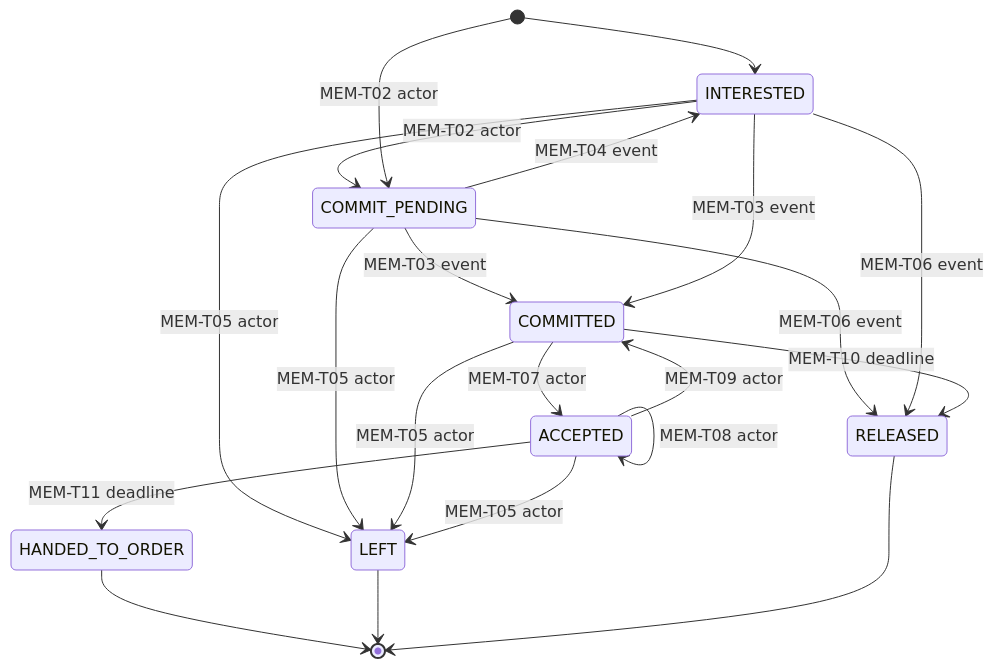
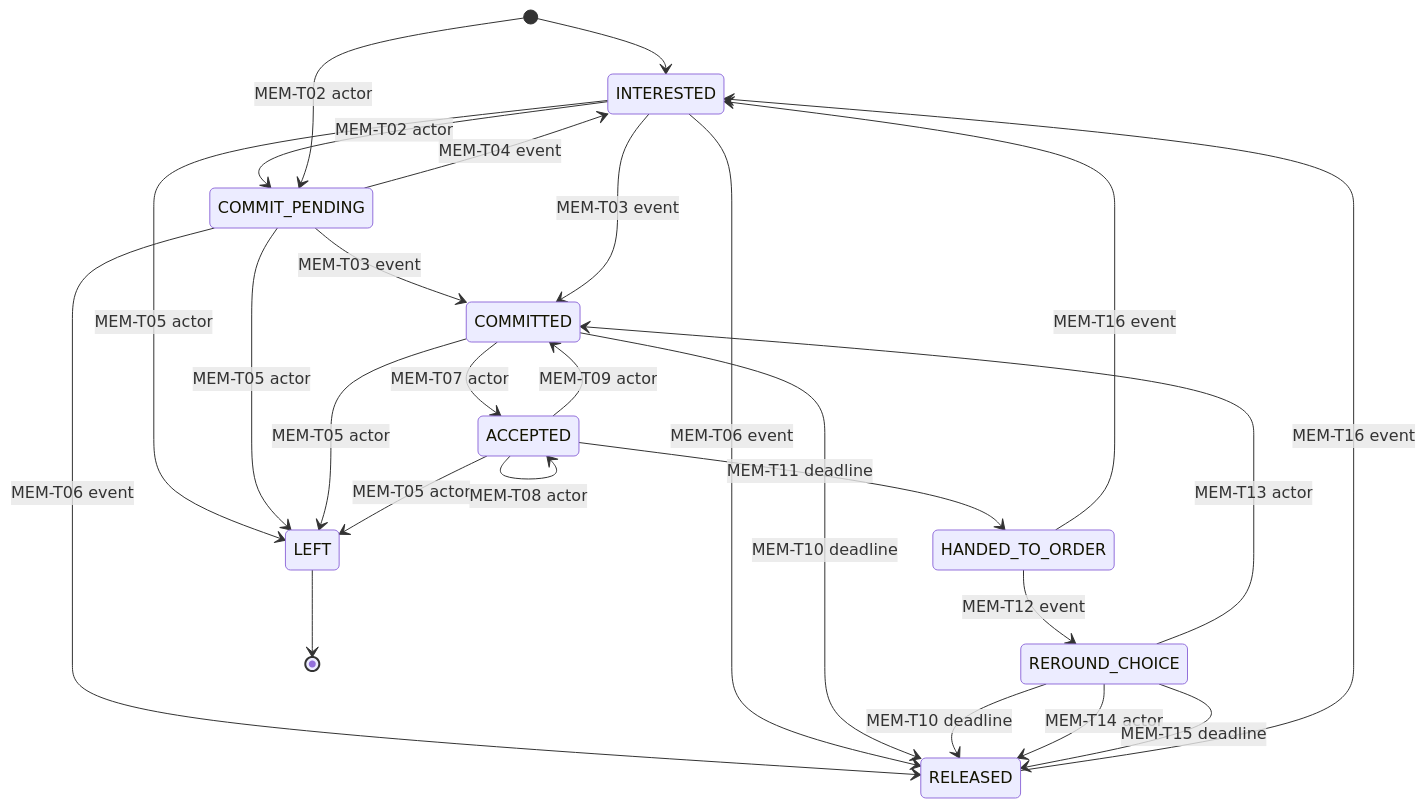
Before and after one commit to sohans1092004/convoy: the second of 9 diagrams in docs/rules/state-machines/README.md, drawn with Mermaid. The commit also changed other lines of this file and 37 other files, not shown here.

````diff
--- a/docs/rules/state-machines/README.md
+++ b/docs/rules/state-machines/README.md
@@ -98,23 +98,28 @@
 ```mermaid
 stateDiagram-v2
     [*] --> INTERESTED
     INTERESTED --> COMMIT_PENDING : MEM-T02 actor
     [*] --> COMMIT_PENDING : MEM-T02 actor
     COMMIT_PENDING --> COMMITTED : MEM-T03 event
     INTERESTED --> COMMITTED : MEM-T03 event
     COMMIT_PENDING --> INTERESTED : MEM-T04 event
     INTERESTED --> LEFT : MEM-T05 actor
     COMMIT_PENDING --> LEFT : MEM-T05 actor
     COMMITTED --> LEFT : MEM-T05 actor
     ACCEPTED --> LEFT : MEM-T05 actor
     COMMIT_PENDING --> RELEASED : MEM-T06 event
     INTERESTED --> RELEASED : MEM-T06 event
     COMMITTED --> ACCEPTED : MEM-T07 actor
     ACCEPTED --> ACCEPTED : MEM-T08 actor
     ACCEPTED --> COMMITTED : MEM-T09 actor
     COMMITTED --> RELEASED : MEM-T10 deadline
+    REROUND_CHOICE --> RELEASED : MEM-T10 deadline
     ACCEPTED --> HANDED_TO_ORDER : MEM-T11 deadline
-    HANDED_TO_ORDER --> [*]
+    HANDED_TO_ORDER --> REROUND_CHOICE : MEM-T12 event
+    REROUND_CHOICE --> COMMITTED : MEM-T13 actor
+    REROUND_CHOICE --> RELEASED : MEM-T14 actor
+    REROUND_CHOICE --> RELEASED : MEM-T15 deadline
+    HANDED_TO_ORDER --> INTERESTED : MEM-T16 event
+    RELEASED --> INTERESTED : MEM-T16 event
     LEFT --> [*]
-    RELEASED --> [*]
 ```
````
